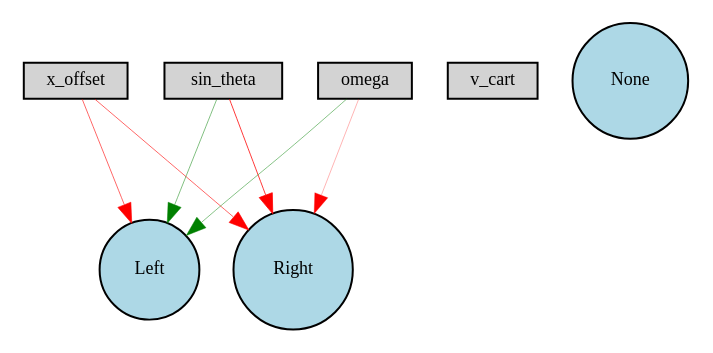
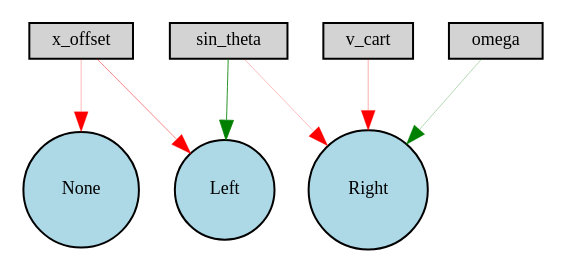
The diagram in InvertedPendulumAi/outputs/winner_net.gv (nikankad/NEAT-games), drawn with Graphviz before and after one commit. The commit also changed 12 other files, not shown here.

```diff
--- a/InvertedPendulumAi/outputs/winner_net.gv
+++ b/InvertedPendulumAi/outputs/winner_net.gv
@@ -1,16 +1,16 @@
 digraph {
 	node [fontsize=9 height=0.2 shape=circle width=0.2]
 	x_offset [fillcolor=lightgray shape=box style=filled]
 	v_cart [fillcolor=lightgray shape=box style=filled]
 	sin_theta [fillcolor=lightgray shape=box style=filled]
 	omega [fillcolor=lightgray shape=box style=filled]
 	Left [fillcolor=lightblue style=filled]
 	None [fillcolor=lightblue style=filled]
 	Right [fillcolor=lightblue style=filled]
-	omega -> Right [color=red penwidth=0.15114109125703318 style=solid]
-	sin_theta -> Left [color=green penwidth=0.24688974263069982 style=solid]
-	x_offset -> Left [color=red penwidth=0.29999850056624167 style=solid]
-	x_offset -> Right [color=red penwidth=0.30421069328048317 style=solid]
-	omega -> Left [color=green penwidth=0.24332027138566142 style=solid]
-	sin_theta -> Right [color=red penwidth=0.3866509032764255 style=solid]
+	x_offset -> Left [color=red penwidth=0.24213942934056468 style=solid]
+	sin_theta -> Right [color=red penwidth=0.13395760628972542 style=solid]
+	x_offset -> None [color=red penwidth=0.136865932023919 style=solid]
+	omega -> Right [color=green penwidth=0.1491790302871453 style=solid]
+	sin_theta -> Left [color=green penwidth=0.42172955492475295 style=solid]
+	v_cart -> Right [color=red penwidth=0.15622901519365634 style=solid]
 }
```
